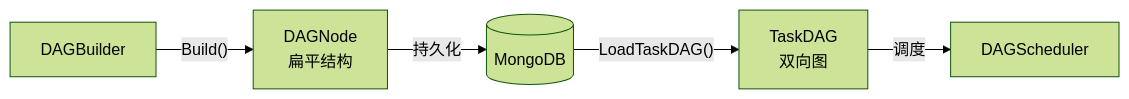
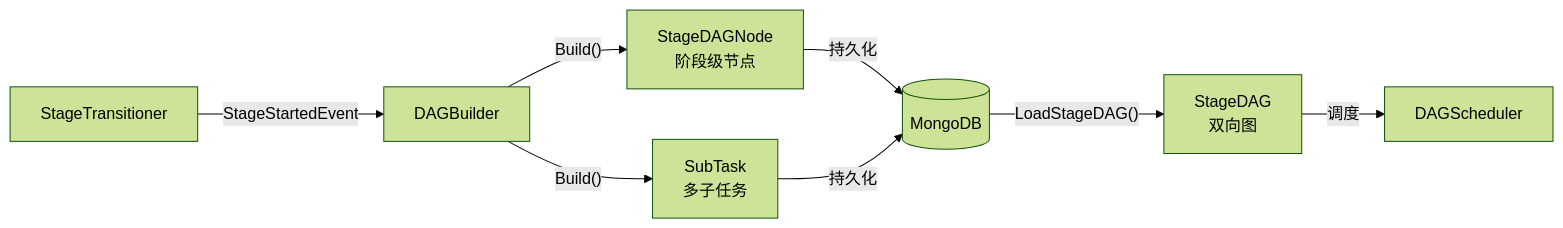
The first of 2 diagrams in docs/designs/details/scheduler/DAG构建器设计.md (njuxumq/agent-eval-server), drawn with Mermaid (forest theme) before and after one commit. The commit also changed other lines of this file and 13 other files, not shown here.

````diff
--- a/docs/designs/details/scheduler/DAG构建器设计.md
+++ b/docs/designs/details/scheduler/DAG构建器设计.md
@@ -144,7 +324,10 @@
 ```mermaid
 flowchart LR
-    Builder[DAGBuilder] -->|"Build()"| DAGNode[DAGNode<br/>扁平结构]
-    DAGNode -->|"持久化"| Storage[(MongoDB)]
-    Storage -->|"LoadTaskDAG()"| TaskDAG[TaskDAG<br/>双向图]
-    TaskDAG -->|"调度"| Scheduler[DAGScheduler]
+    ST[StageTransitioner] -->|"StageStartedEvent"| DB[DAGBuilder]
+    DB -->|"Build()"| StageDAGNode[StageDAGNode<br/>阶段级节点]
+    DB -->|"Build()"| SubTask[SubTask<br/>多子任务]
+    StageDAGNode -->|"持久化"| Storage[(MongoDB)]
+    SubTask -->|"持久化"| Storage
+    Storage -->|"LoadStageDAG()"| StageDAG[StageDAG<br/>双向图]
+    StageDAG -->|"调度"| Scheduler[DAGScheduler]
 ```
````
